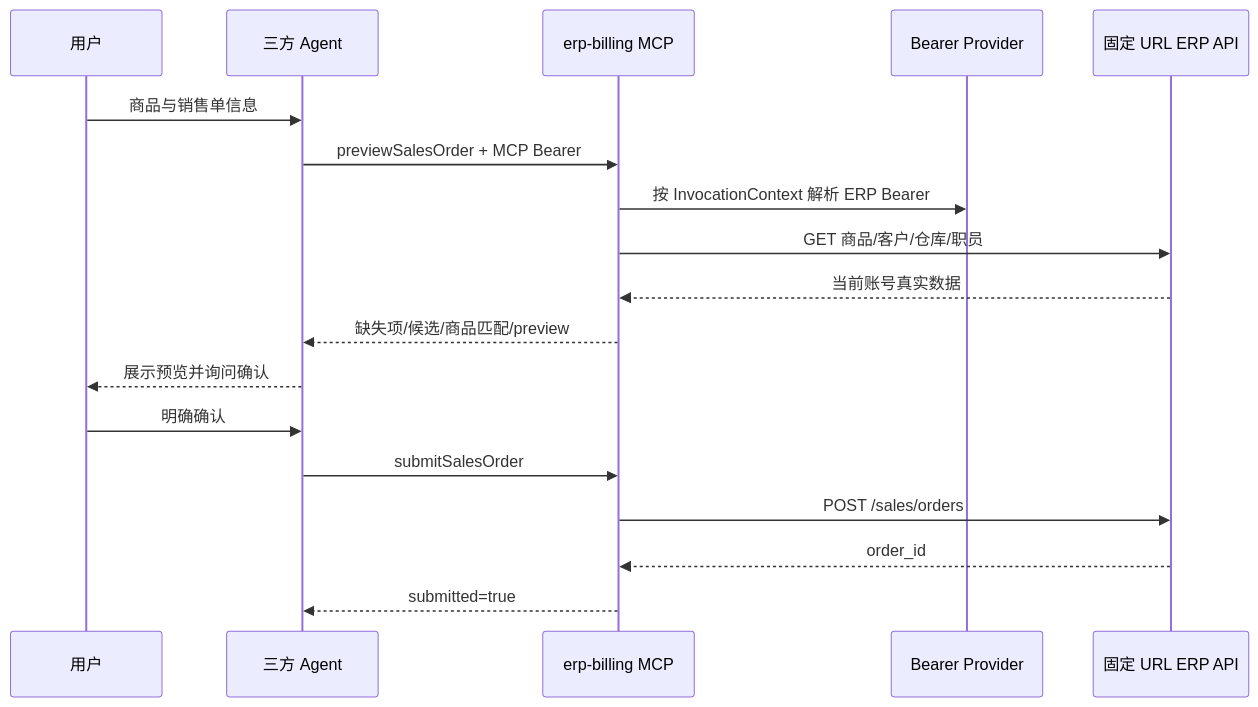
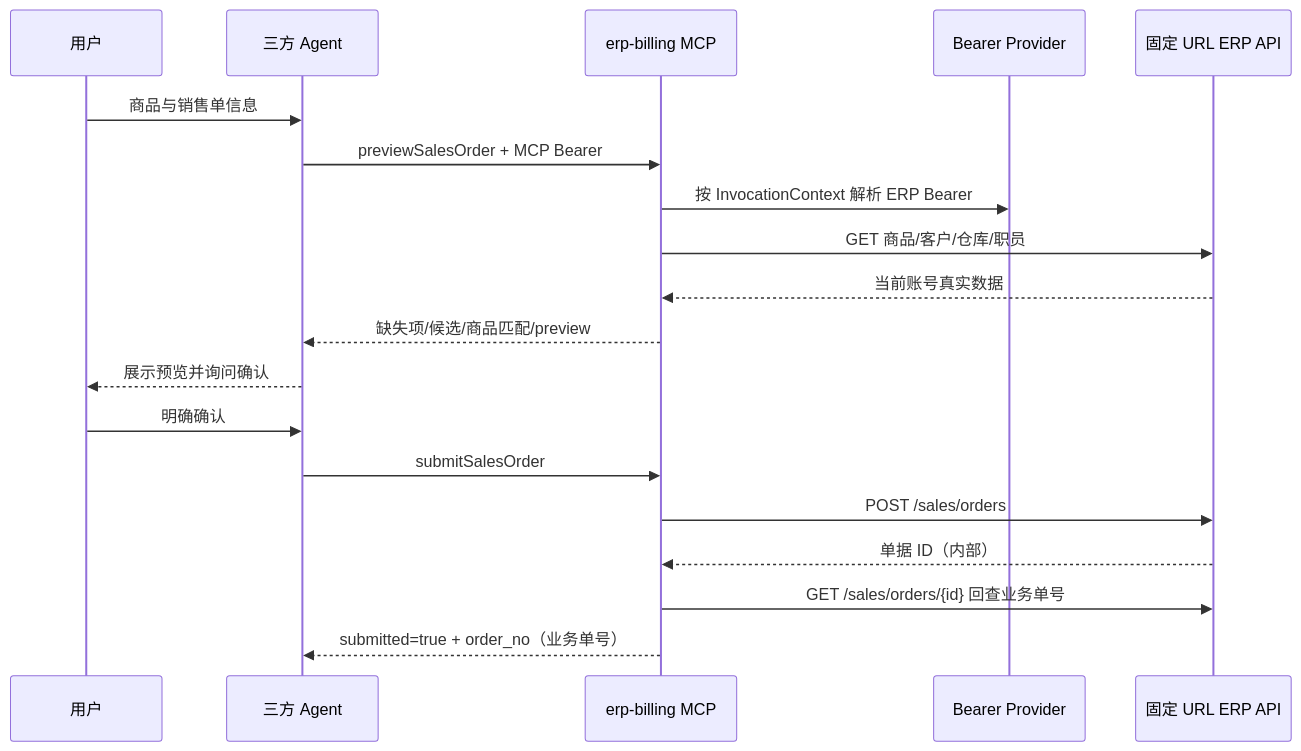
Before and after one commit to 757607106/gjp-cyb-mcp: the diagram in docs/architecture/billing-mcp-integration-guide.md, drawn with Mermaid. The commit also changed other lines of this file and 18 other files, not shown here.

````diff
--- a/docs/architecture/billing-mcp-integration-guide.md
+++ b/docs/architecture/billing-mcp-integration-guide.md
@@ -23,21 +30,22 @@
 ```mermaid
 sequenceDiagram
     participant U as 用户
     participant A as 三方 Agent
     participant M as erp-billing MCP
     participant C as Bearer Provider
     participant E as 固定 URL ERP API
 
     U->>A: 商品与销售单信息
     A->>M: previewSalesOrder + MCP Bearer
     M->>C: 按 InvocationContext 解析 ERP Bearer
     M->>E: GET 商品/客户/仓库/职员
     E-->>M: 当前账号真实数据
     M-->>A: 缺失项/候选/商品匹配/preview
     A-->>U: 展示预览并询问确认
     U->>A: 明确确认
     A->>M: submitSalesOrder
     M->>E: POST /sales/orders
-    E-->>M: order_id
-    M-->>A: submitted=true
+    E-->>M: 单据 ID（内部）
+    M->>E: GET /sales/orders/{id} 回查业务单号
+    M-->>A: submitted=true + order_no（业务单号）
 ```
````
